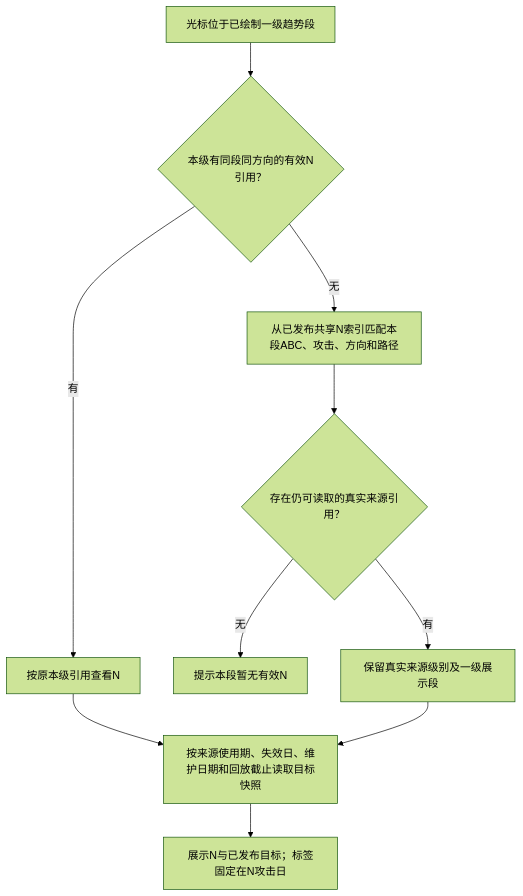
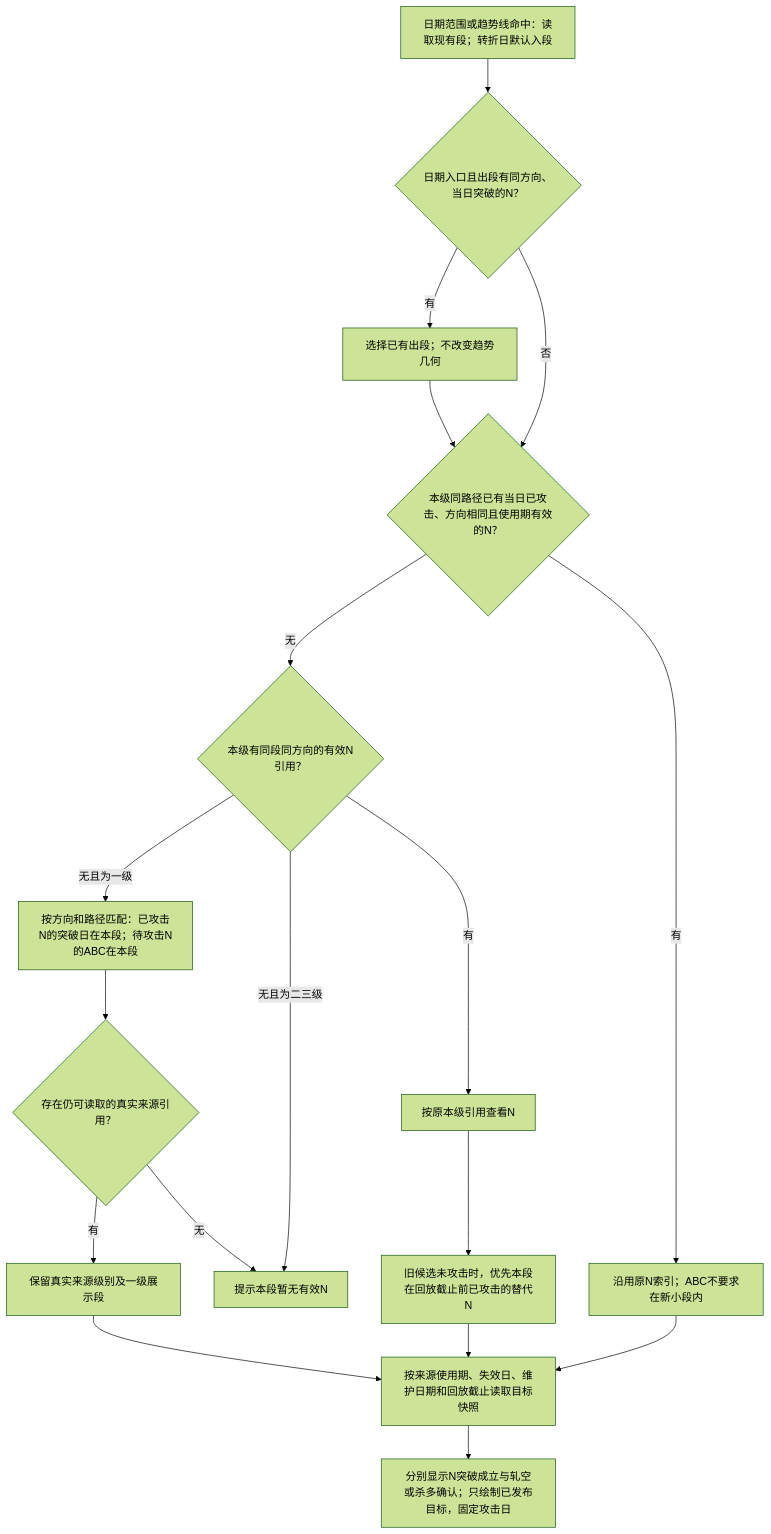
Diagram 22 of 27 in docs/trend-analysis-flow.md (bobo553/wavequant-monorepo), drawn with Mermaid (forest theme) before and after one commit. The commit also changed other lines of this file and 19 other files, not shown here.

````diff
--- a/docs/trend-analysis-flow.md
+++ b/docs/trend-analysis-flow.md
@@ -703,12 +753,20 @@
 ```mermaid
 flowchart TD
-    A["光标位于已绘制一级趋势段"] --> B{"本级有同段同方向的有效N引用？"}
+    A["日期范围或趋势线命中：读取现有段；转折日默认入段"] --> PIVOT{"日期入口且出段有同方向、当日突破的N？"}
+    PIVOT -->|有| OUT["选择已有出段；不改变趋势几何"]
+    PIVOT -->|否| ACTIVE{"本级同路径已有当日已攻击、方向相同且使用期有效的N？"}
+    OUT --> ACTIVE
+    ACTIVE -->|有| KEEP["沿用原N索引；ABC不要求在新小段内"]
+    KEEP --> H
+    ACTIVE -->|无| B{"本级有同段同方向的有效N引用？"}
     B -->|有| D["按原本级引用查看N"]
-    B -->|无| C["从已发布共享N索引匹配本段ABC、攻击、方向和路径"]
+    B -->|无且为一级| C["按方向和路径匹配：已攻击N的突破日在本段；待攻击N的ABC在本段"]
+    B -->|无且为二三级| F["提示本段暂无有效N"]
+    D --> J["旧候选未攻击时，优先本段在回放截止前已攻击的替代N"]
     C --> E{"存在仍可读取的真实来源引用？"}
     E -->|无| F["提示本段暂无有效N"]
     E -->|有| G["保留真实来源级别及一级展示段"]
-    D --> H["按来源使用期、失效日、维护日期和回放截止读取目标快照"]
+    J --> H["按来源使用期、失效日、维护日期和回放截止读取目标快照"]
     G --> H
-    H --> I["展示N与已发布目标；标签固定在N攻击日"]
+    H --> I["分别显示N突破成立与轧空或杀多确认；只绘制已发布目标，固定攻击日"]
 ```
````
